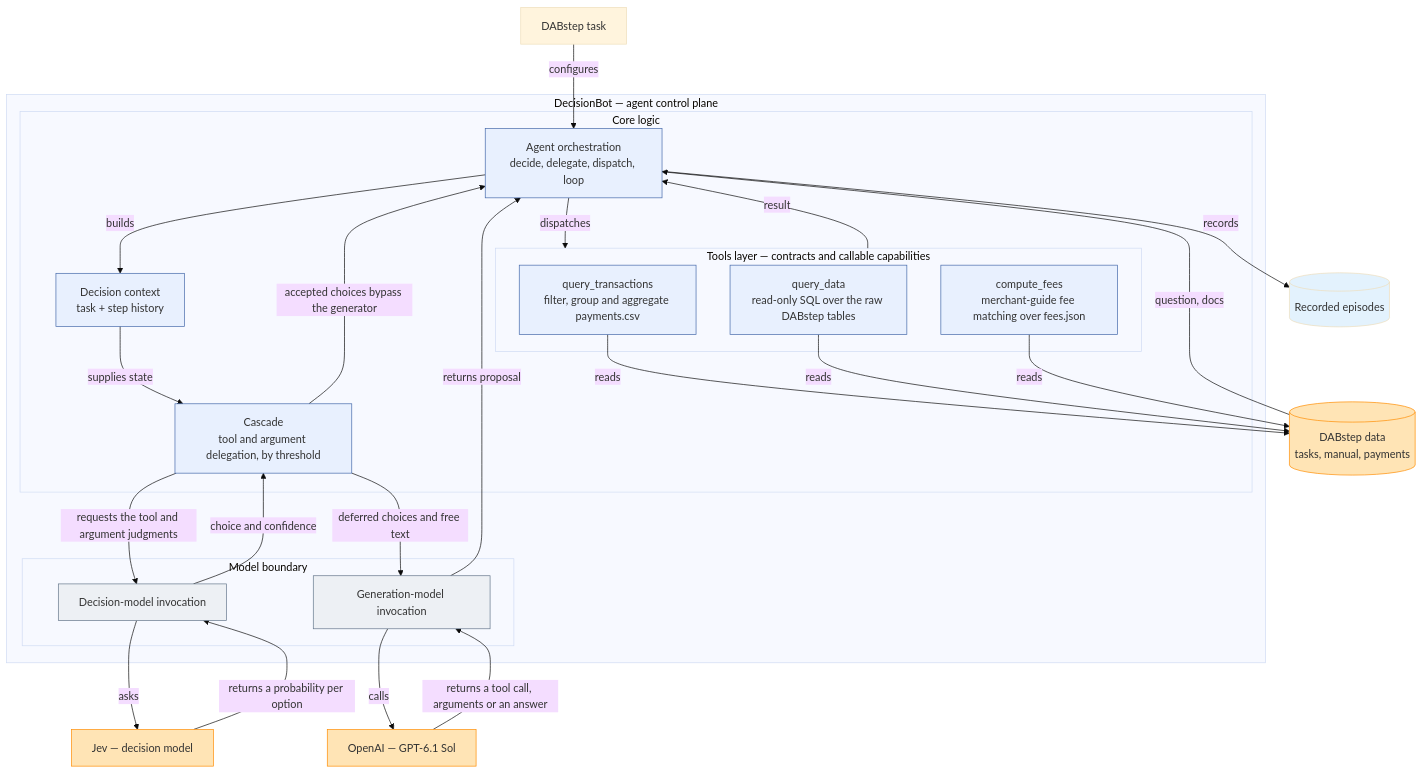
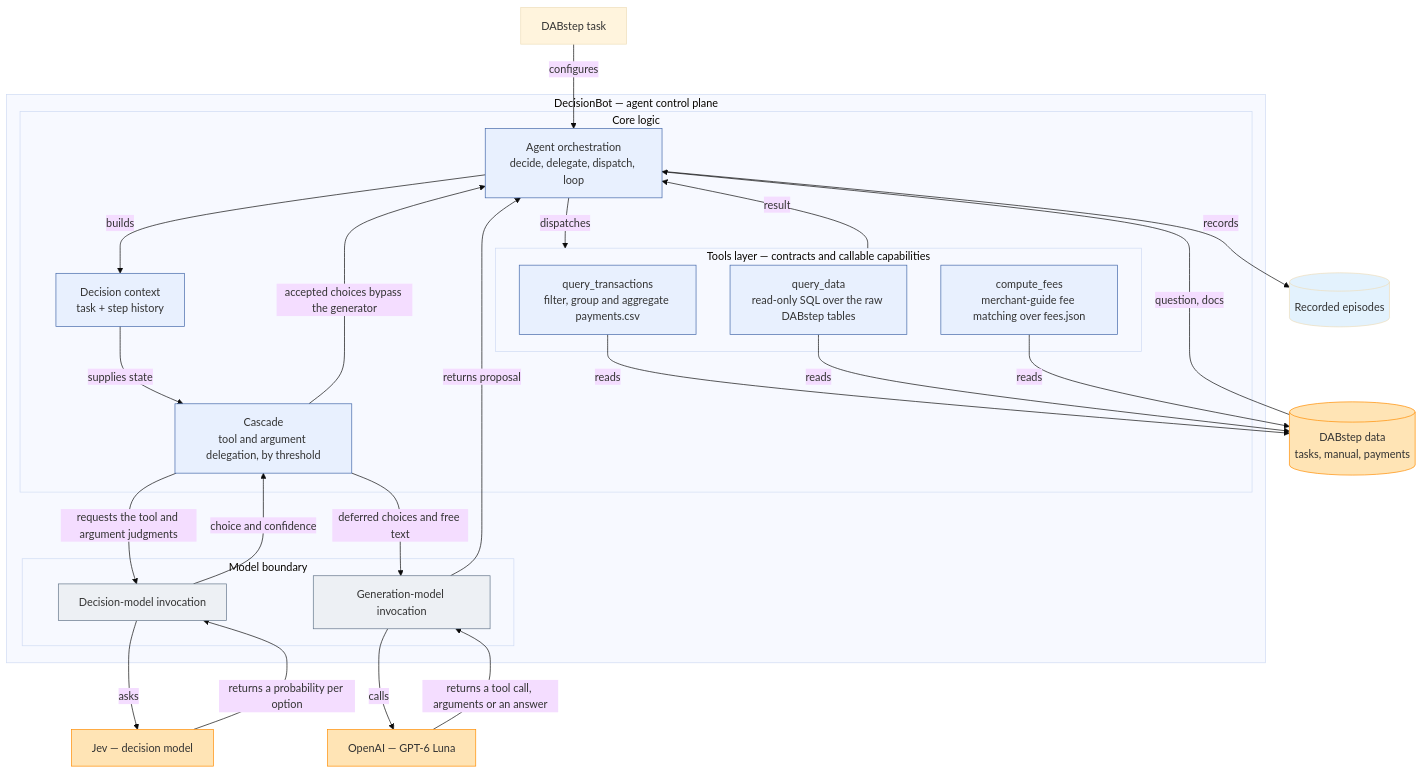
Before and after one commit to MaximeBoulat/DecisionBot: the first of 3 diagrams in README.md, drawn with Mermaid (base theme). The commit also changed other lines of this file and 3 other files, not shown here.

````diff
--- a/README.md
+++ b/README.md
@@ -13,50 +13,50 @@
 ```mermaid
 flowchart TB
     Task["DABstep task"]
     subgraph Plane["DecisionBot — agent control plane"]
         subgraph Core["Core logic"]
             AgentLoop["Agent orchestration<br/>decide, delegate, dispatch, loop"]
             Context["Decision context<br/>task + step history"]
             Cascade["Cascade<br/>tool and argument delegation, by threshold"]
             subgraph Tools["Tools layer — contracts and callable capabilities"]
                 QueryTool["query_transactions<br/>filter, group and aggregate payments.csv"]
                 SqlTool["query_data<br/>read-only SQL over the raw DABstep tables"]
                 FeesTool["compute_fees<br/>merchant-guide fee matching over fees.json"]
             end
         end
         subgraph Boundary["Model boundary"]
             GenAPI["Generation-model invocation"]
             DecisionAPI["Decision-model invocation"]
         end
     end
-    OpenAI["OpenAI — GPT-6.1 Sol"]
+    OpenAI["OpenAI — GPT-6 Luna"]
     Jev["Jev — decision model"]
     Data[("DABstep data<br/>tasks, manual, payments")]
     Results[("Recorded episodes")]
     Task -->|"configures"| AgentLoop
     Data -->|"question, docs"| AgentLoop
     AgentLoop -->|"builds"| Context
     Context -->|"supplies state"| Cascade
     Cascade -->|"requests the tool and argument judgments"| DecisionAPI
     DecisionAPI -->|"asks"| Jev
     Jev -->|"returns a probability per option"| DecisionAPI
     DecisionAPI -->|"choice and confidence"| Cascade
     Cascade -->|"accepted choices bypass the generator"| AgentLoop
     Cascade -->|"deferred choices and free text"| GenAPI
     GenAPI -->|"calls"| OpenAI
     OpenAI -->|"returns a tool call, arguments or an answer"| GenAPI
     GenAPI -->|"returns proposal"| AgentLoop
     AgentLoop -->|"dispatches"| Tools
     QueryTool -->|"reads"| Data
     SqlTool -->|"reads"| Data
     FeesTool -->|"reads"| Data
     Tools -->|"result"| AgentLoop
     AgentLoop -->|"records"| Results
     classDef core fill:#e8f0fe,stroke:#4267a9
     classDef boundary fill:#edf0f4,stroke:#63758a
     classDef external fill:#FFE4B5,stroke:#FF8C00
     class AgentLoop,Context,Cascade,QueryTool,SqlTool,FeesTool core
     class GenAPI,DecisionAPI boundary
     class OpenAI,Jev,Data external
     style Results fill:#E3F2FD
 ```
````
